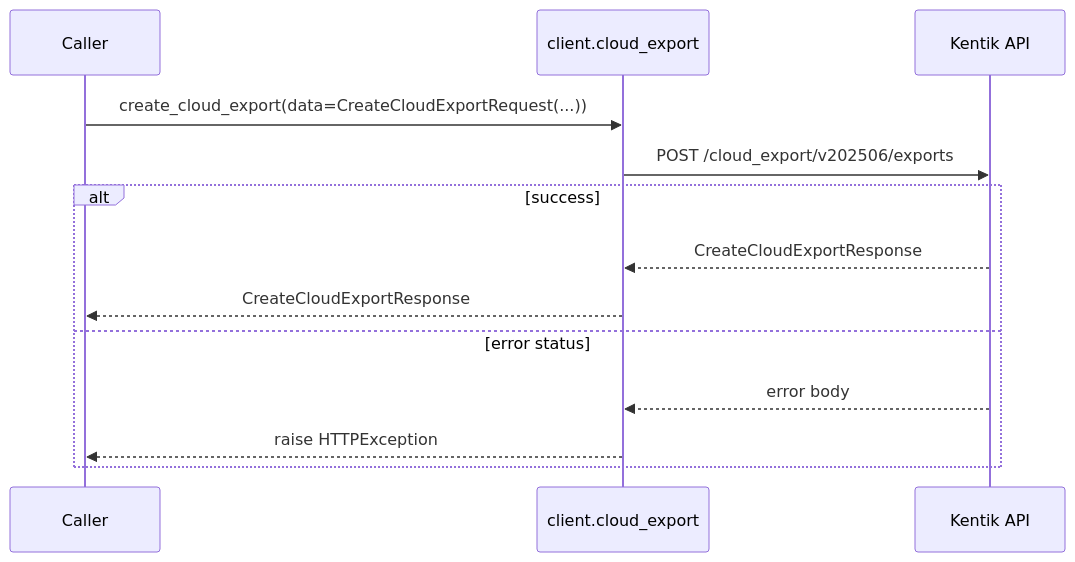
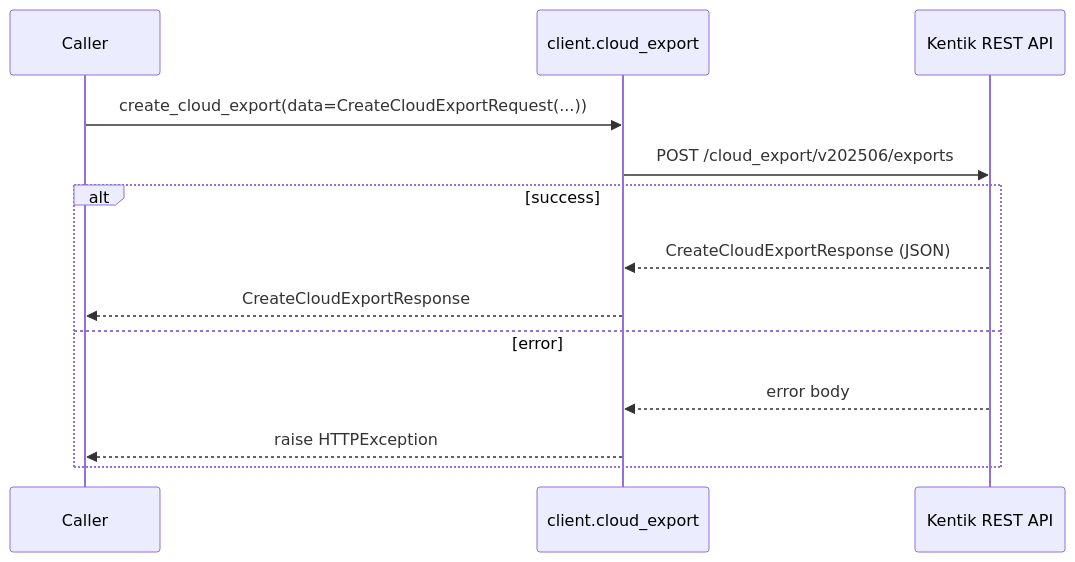
One commit to alexdearaujo/community_sdk_python changed the fourth of 12 diagrams in docs/sphinx/services/cloud_export.md. Above: the diagram before and after it, drawn with Mermaid. The commit also changed other lines of this file and 61 other files, not shown here.

````diff
--- a/docs/sphinx/services/cloud_export.md
+++ b/docs/sphinx/services/cloud_export.md
@@ -75,16 +102,16 @@
 ```mermaid
 sequenceDiagram
     participant C as Caller
     participant W as client.cloud_export
-    participant API as Kentik API
+    participant API as Kentik REST API
 
     C->>W: create_cloud_export(data=CreateCloudExportRequest(...))
     W->>API: POST /cloud_export/v202506/exports
     alt success
-        API-->>W: CreateCloudExportResponse
+        API-->>W: CreateCloudExportResponse (JSON)
         W-->>C: CreateCloudExportResponse
-    else error status
+    else error
         API-->>W: error body
         W-->>C: raise HTTPException
     end
 ```
````
